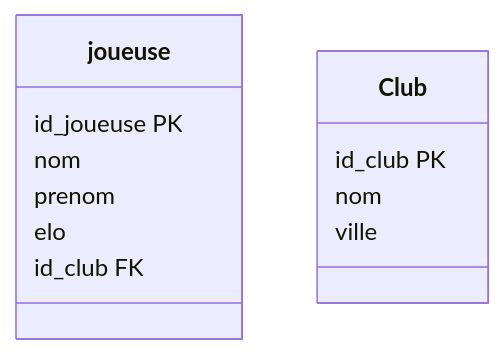
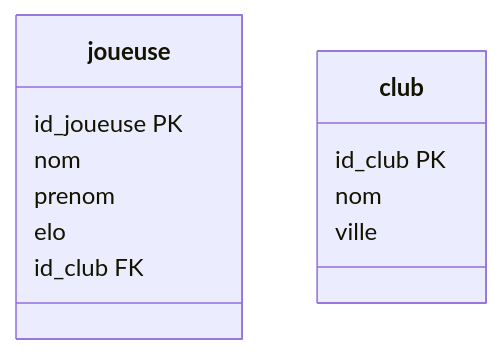
The third of 4 diagrams in doc/cours/bases-de-donnees.qmd (ludo2ne/ENSAI-1A-SQL), drawn with Mermaid before and after one commit. The commit also changed other lines of this file and 5 other files, not shown here.

````diff
--- a/doc/cours/bases-de-donnees.qmd
+++ b/doc/cours/bases-de-donnees.qmd
@@ -277,16 +301,16 @@
 ```{mermaid}
 classDiagram
     class joueuse {
         id_joueuse PK
         nom
         prenom
         elo
         id_club FK
     }
     
-    class Club {
+    class club {
         id_club PK
         nom
         ville
     }
 ```
````
